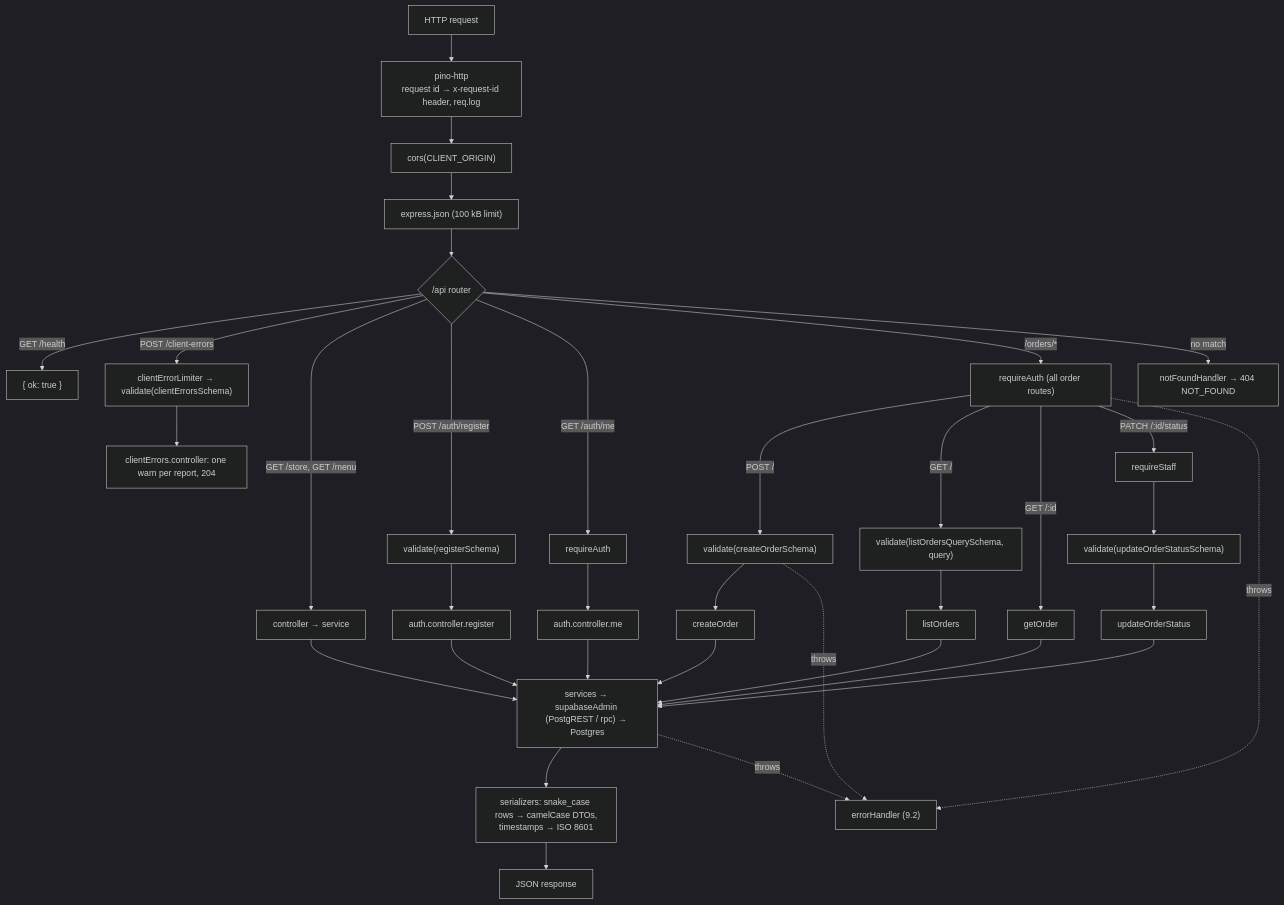
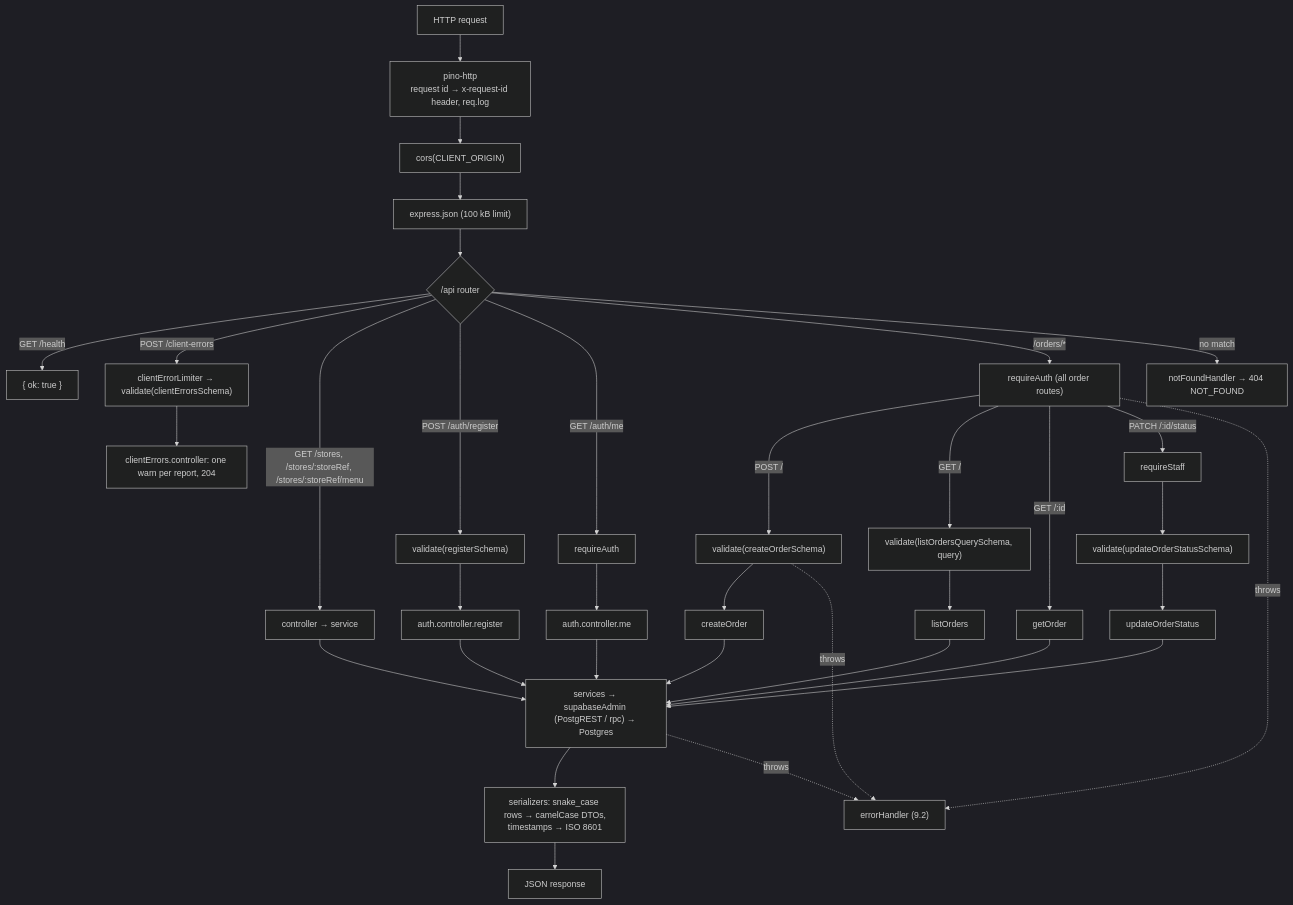
Diagram 27 of 29 in docs/ARCHITECTURE.md (The-KhaNha/KhaNha), drawn with Mermaid (dark theme) before and after one commit. The commit also changed other lines of this file and 16 other files, not shown here.

````diff
--- a/docs/ARCHITECTURE.md
+++ b/docs/ARCHITECTURE.md
@@ -939,30 +935,30 @@
 ```mermaid
 flowchart TD
   Req["HTTP request"] --> Pino["pino-http<br/>request id → x-request-id header, req.log"]
   Pino --> Cors["cors(CLIENT_ORIGIN)"]
   Cors --> Json["express.json (100 kB limit)"]
   Json --> Router{"/api router"}
   Router -->|"GET /health"| Health["{ ok: true }"]
   Router -->|"POST /client-errors"| ValCE["clientErrorLimiter → validate(clientErrorsSchema)"] --> CECtl["clientErrors.controller: one warn per report, 204"]
-  Router -->|"GET /store, GET /menu"| Public["controller → service"]
+  Router -->|"GET /stores, /stores/:storeRef, /stores/:storeRef/menu"| Public["controller → service"]
   Router -->|"POST /auth/register"| ValReg["validate(registerSchema)"] --> RegCtl["auth.controller.register"]
   Router -->|"GET /auth/me"| AuthMe["requireAuth"] --> MeCtl["auth.controller.me"]
   Router -->|"/orders/*"| AuthO["requireAuth (all order routes)"]
   AuthO -->|"POST /"| ValC["validate(createOrderSchema)"] --> CCtl["createOrder"]
   AuthO -->|"GET /"| ValQ["validate(listOrdersQuerySchema, query)"] --> LCtl["listOrders"]
   AuthO -->|"GET /:id"| GCtl["getOrder"]
   AuthO -->|"PATCH /:id/status"| Staff["requireStaff"] --> ValS["validate(updateOrderStatusSchema)"] --> UCtl["updateOrderStatus"]
   Public --> Svc["services → supabaseAdmin (PostgREST / rpc) → Postgres"]
   RegCtl --> Svc
   MeCtl --> Svc
   CCtl --> Svc
   LCtl --> Svc
   GCtl --> Svc
   UCtl --> Svc
   Svc --> Ser["serializers: snake_case rows → camelCase DTOs,<br/>timestamps → ISO 8601"]
   Ser --> Res["JSON response"]
   Router -->|"no match"| NF["notFoundHandler → 404 NOT_FOUND"]
   Svc -. "throws" .-> EH["errorHandler (9.2)"]
   AuthO -. "throws" .-> EH
   ValC -. "throws" .-> EH
 ```
````
